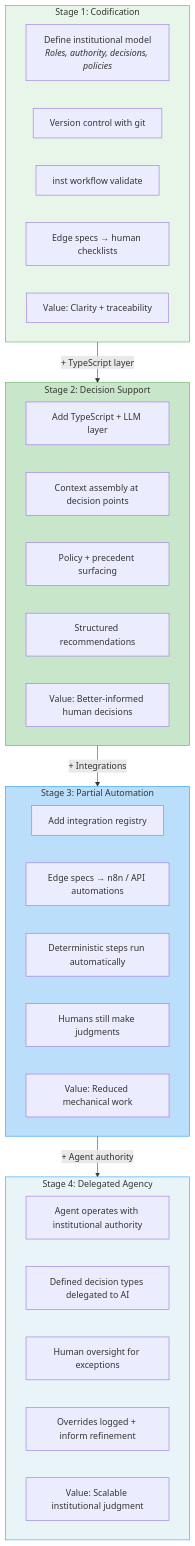
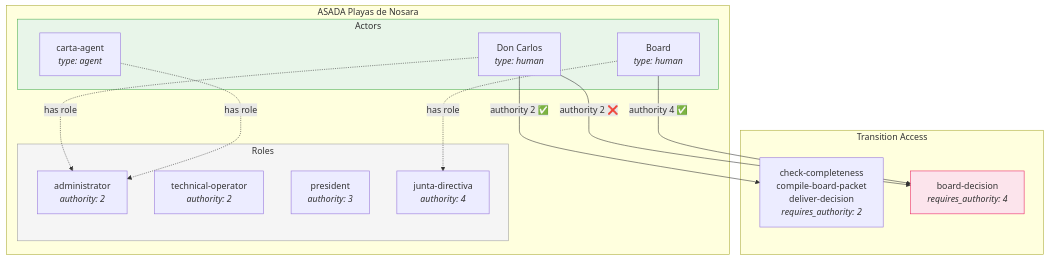
The seventh of 10 diagrams in architecture-diagrams.md (CyberHoward/cl-institute), drawn with Mermaid before and after one commit. The commit also changed other lines of this file and 46 other files, not shown here.

First line of the commit message:
chore: remove superseded modules, update docs to reflect core engine architecture

````diff
--- a/architecture-diagrams.md
+++ b/architecture-diagrams.md
@@ -408,43 +218,34 @@
 ```mermaid
-graph TD
-    subgraph s1["Stage 1: Codification"]
-        s1a["Define institutional model<br/><i>Roles, authority, decisions, policies</i>"]
-        s1b["Version control with git"]
-        s1c["inst workflow validate"]
-        s1d["Edge specs → human checklists"]
-        s1val["Value: Clarity + traceability"]
+graph TB
+    subgraph institution["ASADA Playas de Nosara"]
+        subgraph roles["Roles"]
+            admin["administrator<br/><i>authority: 2</i>"]
+            tech["technical-operator<br/><i>authority: 2</i>"]
+            pres["president<br/><i>authority: 3</i>"]
+            board["junta-directiva<br/><i>authority: 4</i>"]
+        end
+
+        subgraph actors["Actors"]
+            carlos["Don Carlos<br/><i>type: human</i>"]
+            bot["carta-agent<br/><i>type: agent</i>"]
+            junta["Board<br/><i>type: human</i>"]
+        end
+
+        carlos -.->|"has role"| admin
+        bot -.->|"has role"| admin
+        junta -.->|"has role"| board
     end
 
-    subgraph s2["Stage 2: Decision Support"]
-        s2a["Add TypeScript + LLM layer"]
-        s2b["Context assembly at decision points"]
-        s2c["Policy + precedent surfacing"]
-        s2d["Structured recommendations"]
-        s2val["Value: Better-informed human decisions"]
+    subgraph transitions["Transition Access"]
+        t_admin["check-completeness<br/>compile-board-packet<br/>deliver-decision<br/><i>requires_authority: 2</i>"]
+        t_board["board-decision<br/><i>requires_authority: 4</i>"]
     end
 
-    subgraph s3["Stage 3: Partial Automation"]
-        s3a["Add integration registry"]
-        s3b["Edge specs → n8n / API automations"]
-        s3c["Deterministic steps run automatically"]
-        s3d["Humans still make judgments"]
-        s3val["Value: Reduced mechanical work"]
-    end
+    carlos -->|"authority 2 ✅"| t_admin
+    carlos -->|"authority 2 ❌"| t_board
+    junta -->|"authority 4 ✅"| t_board
 
-    subgraph s4["Stage 4: Delegated Agency"]
-        s4a["Agent operates with institutional authority"]
-        s4b["Defined decision types delegated to AI"]
-        s4c["Human oversight for exceptions"]
-        s4d["Overrides logged + inform refinement"]
-        s4val["Value: Scalable institutional judgment"]
-    end
-
-    s1 -->|"+ TypeScript layer"| s2
-    s2 -->|"+ Integrations"| s3
-    s3 -->|"+ Agent authority"| s4
-
-    style s1 fill:#e8f5e9,stroke:#4caf50
-    style s2 fill:#c8e6c9,stroke:#4caf50
-    style s3 fill:#bbdefb,stroke:#2196f3
-    style s4 fill:#e8f4f8,stroke:#2196F3
+    style roles fill:#f5f5f5,stroke:#9e9e9e
+    style actors fill:#e8f5e9,stroke:#4caf50
+    style t_board fill:#fce4ec,stroke:#e91e63
 ```
````
